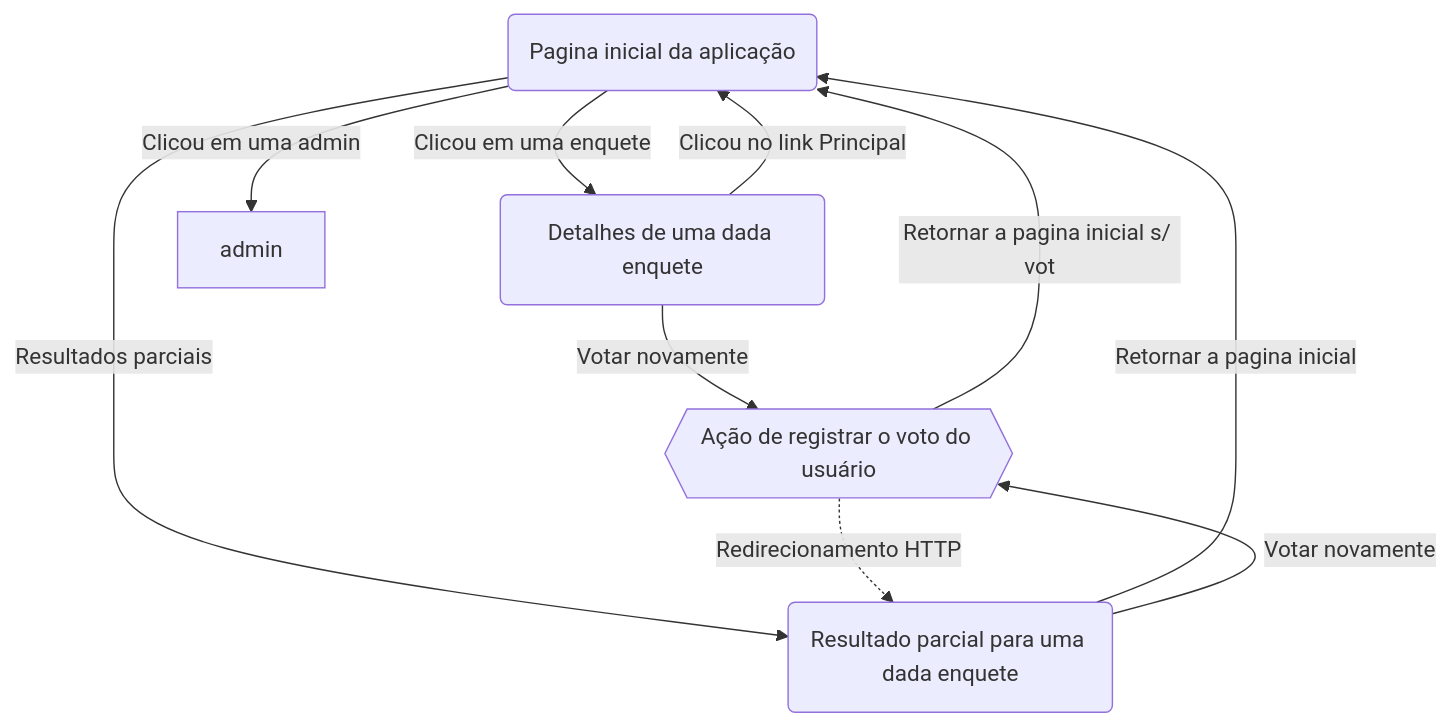
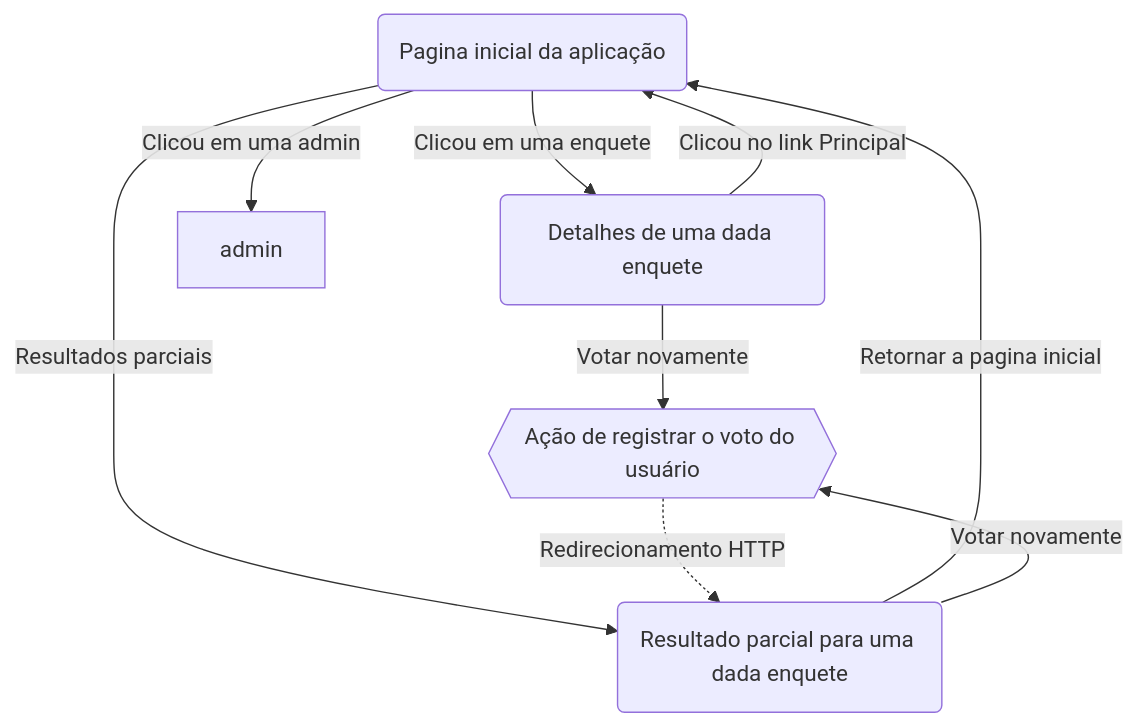
The diagram in docs/mapa_do_site.md (Fingoon/dsweb2022.1), drawn with Mermaid before and after one commit.

````diff
--- a/docs/mapa_do_site.md
+++ b/docs/mapa_do_site.md
@@ -5,16 +5,15 @@
 ```mermaid
 flowchart TD
   index(Pagina inicial da aplicação)
   detail(Detalhes de uma dada enquete)
   vote{{Ação de registrar o voto do usuário}}
   results(Resultado parcial para uma dada enquete)
   index -- Clicou em uma enquete--> detail
   index -- Clicou em uma admin--> admin
   index -- Resultados parciais--> results
   detail -- Clicou no link Principal--> index
   detail -- Votar novamente--> vote
   vote -. Redirecionamento HTTP .-> results
-  vote --Retornar a pagina inicial s/ voto--> index
   results --Retornar a pagina inicial-->index
   results --Votar novamente-->vote
 ```
````
